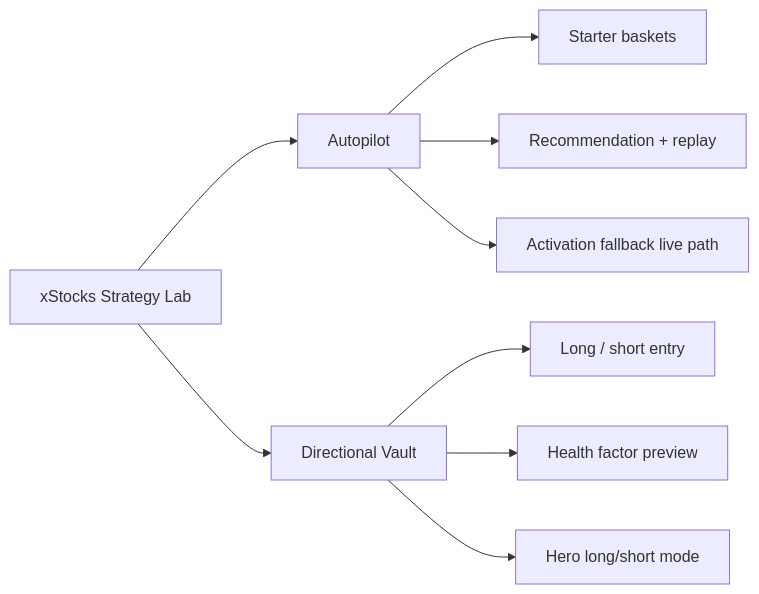
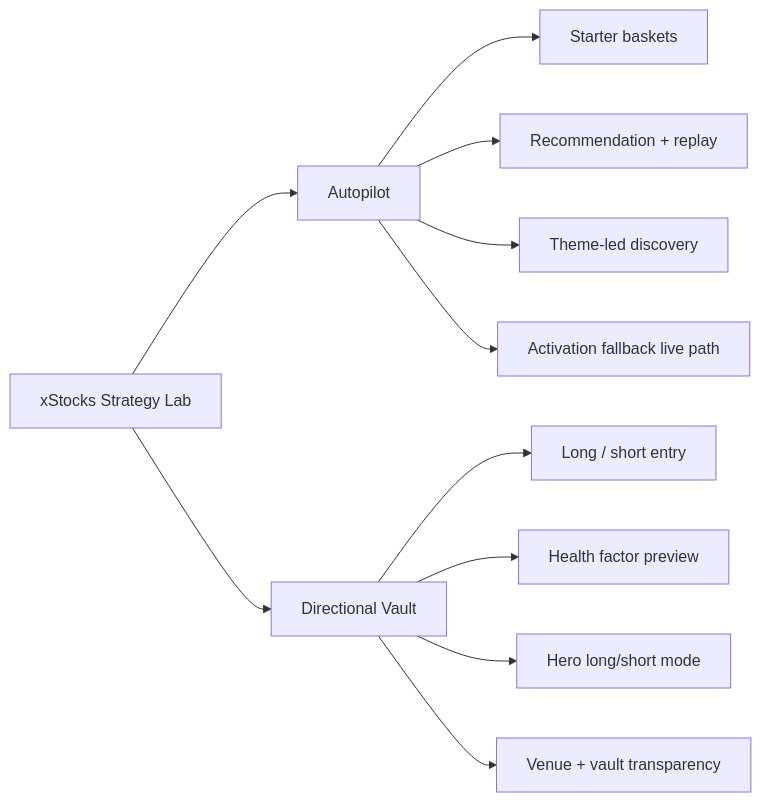
Before and after one commit to twentyOne2x/xstocks-strategy-lab: the second of 3 diagrams in docs/DIAGRAMS.md, drawn with Mermaid. The commit also changed other lines of this file and 14 other files, not shown here.

````diff
--- a/docs/DIAGRAMS.md
+++ b/docs/DIAGRAMS.md
@@ -21,11 +21,13 @@
 ```mermaid
 flowchart LR
     A["xStocks Strategy Lab"] --> B["Autopilot"]
     A --> C["Directional Vault"]
     B --> D["Starter baskets"]
     B --> E["Recommendation + replay"]
+    B --> J["Theme-led discovery"]
     B --> F["Activation fallback live path"]
     C --> G["Long / short entry"]
     C --> H["Health factor preview"]
     C --> I["Hero long/short mode"]
+    C --> K["Venue + vault transparency"]
 ```
````
